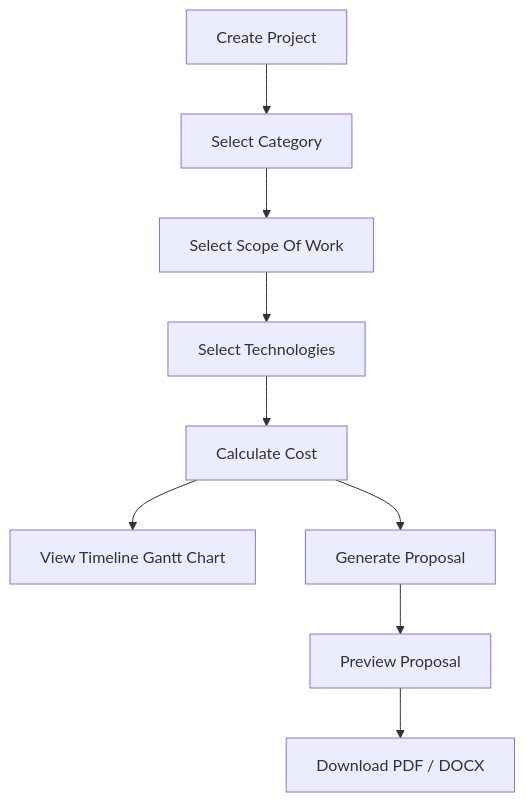
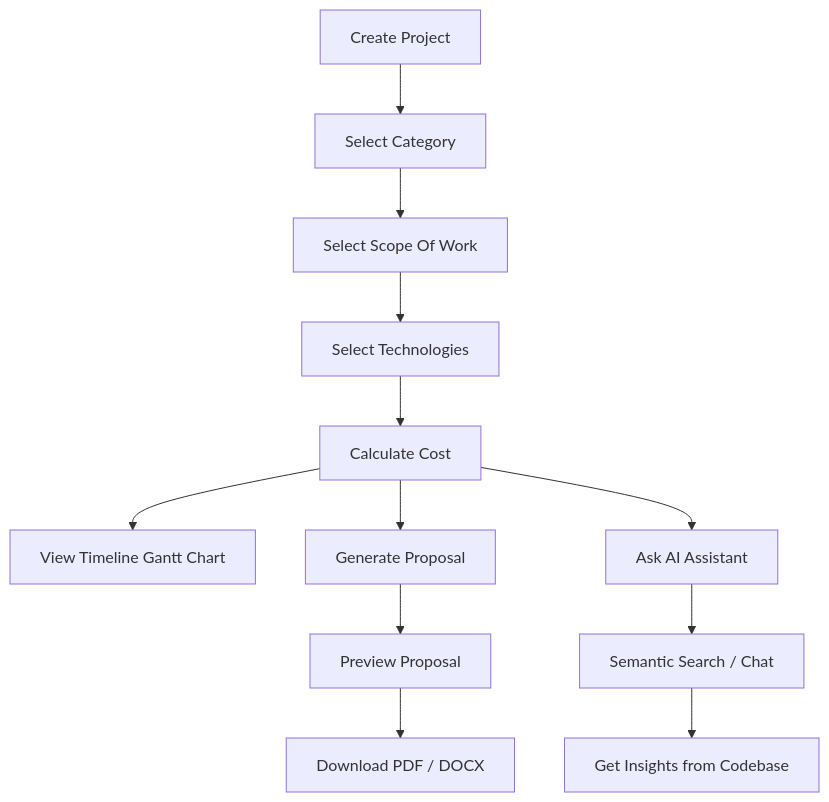
The third of 3 diagrams in README.md (Ritesh151/ProManage-AI), drawn with Mermaid before and after one commit. The commit also changed other lines of this file and 140 other files, not shown here.

````diff
--- a/README.md
+++ b/README.md
@@ -225,11 +574,14 @@
 ```mermaid
 graph TD;
     A[Create Project] --> B[Select Category]
     B --> C[Select Scope Of Work]
     C --> D[Select Technologies]
     D --> E[Calculate Cost]
     E --> F[View Timeline Gantt Chart]
     E --> G[Generate Proposal]
     G --> H[Preview Proposal]
     H --> I[Download PDF / DOCX]
+    E --> J[Ask AI Assistant]
+    J --> K[Semantic Search / Chat]
+    K --> L[Get Insights from Codebase]
 ```
````
